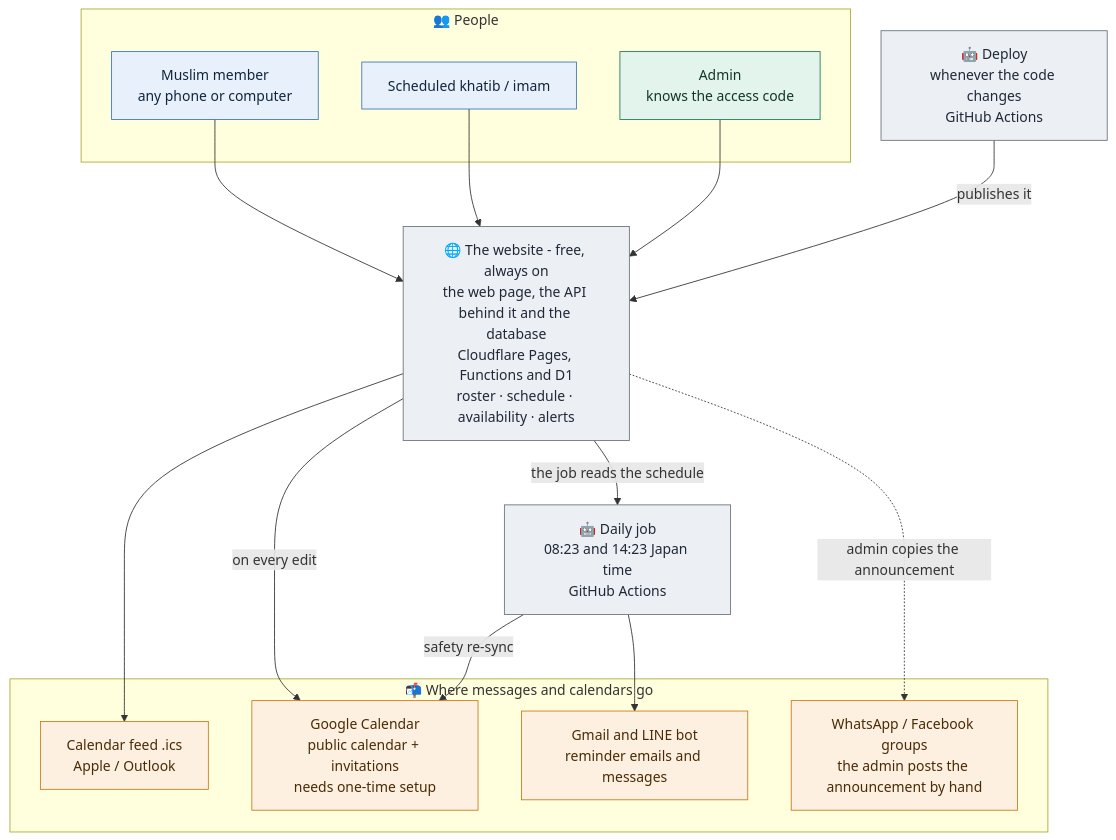
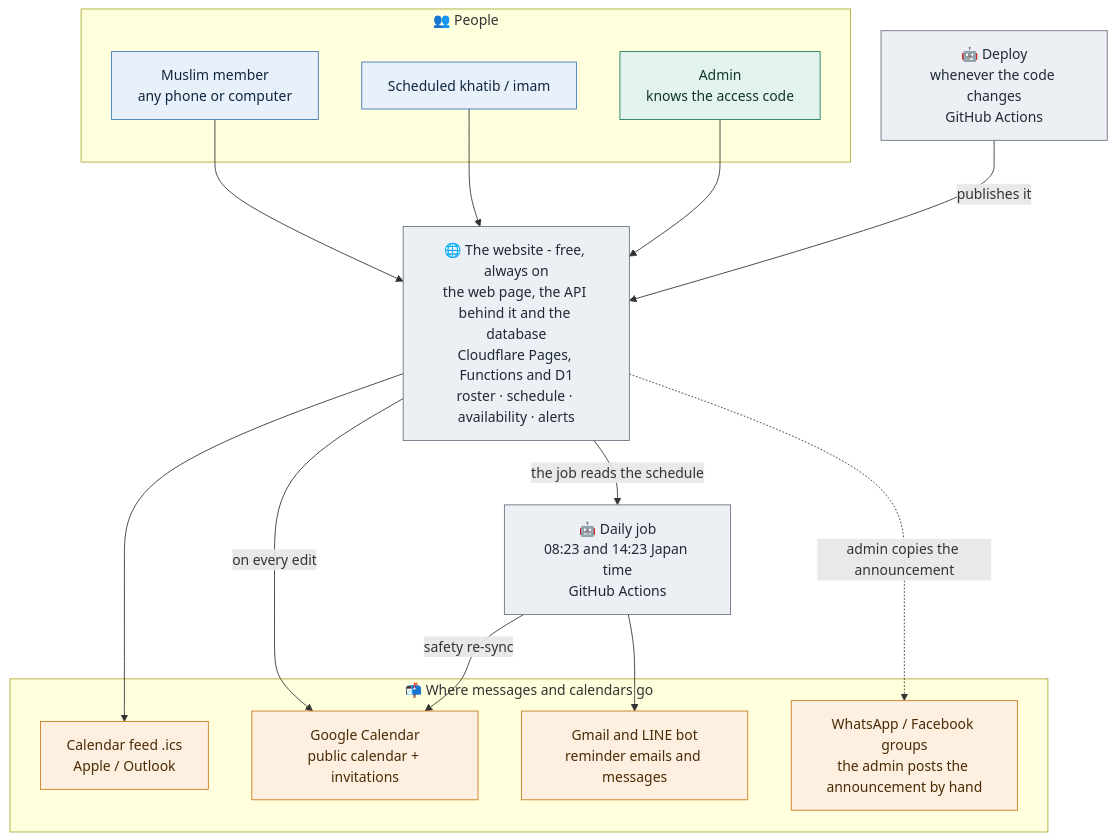
One commit to mushaffarasyidridha/Jumat-Scheduler-NAIST changed the diagram in public/flows/overview.mmd. Above: the diagram before and after it, drawn with Mermaid. The commit also changed 2 other files, not shown here.

Commit message:
Guide: Google Calendar is connected and checked
Setup status done; the public calendar, invitation and sync features are live;
the overview chart no longer says it needs one-time setup.

Claude-Session: https://claude.ai/code/session_01NmTjDWJVxf4G2g9P4sso4C

```diff
--- a/public/flows/overview.mmd
+++ b/public/flows/overview.mmd
@@ -1,37 +1,37 @@
 flowchart TD
   subgraph people["👥 People"]
     M["Muslim member<br/>any phone or computer"]
     S["Scheduled khatib / imam"]
     A["Admin<br/>knows the access code"]
   end
 
   DEP["🤖 Deploy<br/>whenever the code changes<br/>GitHub Actions"]
   SITE["🌐 The website - free, always on<br/>the web page, the API behind it and the database<br/>Cloudflare Pages, Functions and D1<br/>roster · schedule · availability · alerts"]
   JOB["🤖 Daily job<br/>08:23 and 14:23 Japan time<br/>GitHub Actions"]
 
   subgraph out["📬 Where messages and calendars go"]
     ICS["Calendar feed .ics<br/>Apple / Outlook"]
-    GC["Google Calendar<br/>public calendar + invitations<br/>needs one-time setup"]
+    GC["Google Calendar<br/>public calendar + invitations"]
     MSG["Gmail and LINE bot<br/>reminder emails and messages"]
     WA["WhatsApp / Facebook groups<br/>the admin posts the announcement by hand"]
   end
 
   M --> SITE
   S --> SITE
   A --> SITE
   DEP -->|"publishes it"| SITE
   SITE -->|"the job reads the schedule"| JOB
   SITE --> ICS
   SITE -->|"on every edit"| GC
   SITE -.->|"admin copies the announcement"| WA
   JOB --> MSG
   JOB -->|"safety re-sync"| GC
 
   classDef member fill:#e8f1fb,stroke:#3b78b8,color:#10253d
   classDef admin fill:#e3f4ec,stroke:#1f7a5c,color:#12372a
   classDef robot fill:#eceff3,stroke:#6b7280,color:#1f2937
   classDef out fill:#fdf0e1,stroke:#c77b1c,color:#4a2b05
   class M,S member
   class A admin
   class SITE,DEP,JOB robot
   class MSG,GC,ICS,WA out
```
